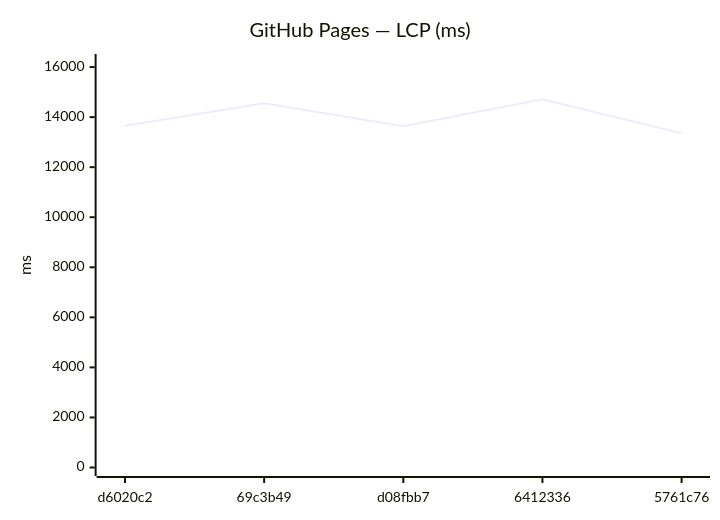
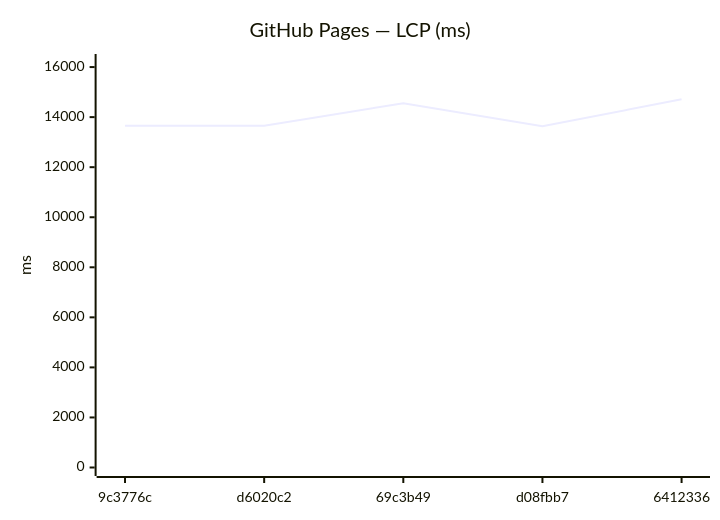
The ninth of 18 diagrams in benchmarks/compare.md (Metaheurist/Rianell), drawn with Mermaid before and after one commit. The commit also changed other lines of this file and 11 other files, not shown here.

````diff
--- a/benchmarks/compare.md
+++ b/benchmarks/compare.md
@@ -142,7 +142,7 @@
 ```mermaid
 xychart-beta
     title "GitHub Pages — LCP (ms)"
-    x-axis ["d6020c2", "69c3b49", "d08fbb7", "6412336", "5761c76"]
+    x-axis ["9c3776c", "d6020c2", "69c3b49", "d08fbb7", "6412336"]
     y-axis "ms" 0 --> 16183
-    line [13653, 14556, 13636, 14711, 13355]
+    line [13660, 13653, 14556, 13636, 14711]
 ```
````
